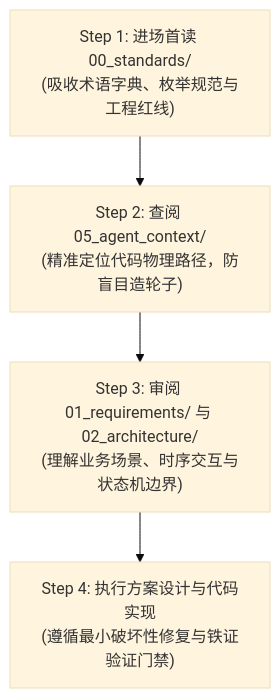
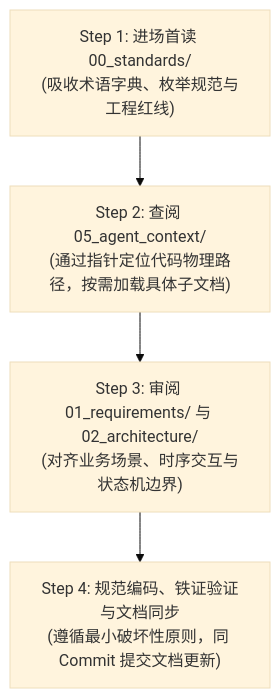
The first of 3 diagrams in skills/project-documentation/SKILL.md (Garfield247/agent-skill-project-documentation), drawn with Mermaid (base theme) before and after one commit. The commit also changed other lines of this file and 1 other file, not shown here.

````diff
--- a/skills/project-documentation/SKILL.md
+++ b/skills/project-documentation/SKILL.md
@@ -90,6 +95,6 @@
 ```mermaid
 flowchart TD
-    A["Step 1: 进场首读 00_standards/<br/>(吸收术语字典、枚举规范与工程红线)"] --> B["Step 2: 查阅 05_agent_context/<br/>(精准定位代码物理路径，防盲目造轮子)"]
-    B --> C["Step 3: 审阅 01_requirements/ 与 02_architecture/<br/>(理解业务场景、时序交互与状态机边界)"]
-    C --> D["Step 4: 执行方案设计与代码实现<br/>(遵循最小破坏性修复与铁证验证门禁)"]
+    A["Step 1: 进场首读 00_standards/<br/>(吸收术语字典、枚举规范与工程红线)"] --> B["Step 2: 查阅 05_agent_context/<br/>(通过指针定位代码物理路径，按需加载具体子文档)"]
+    B --> C["Step 3: 审阅 01_requirements/ 与 02_architecture/<br/>(对齐业务场景、时序交互与状态机边界)"]
+    C --> D["Step 4: 规范编码、铁证验证与文档同步<br/>(遵循最小破坏性原则，同 Commit 提交文档更新)"]
 ```
````
